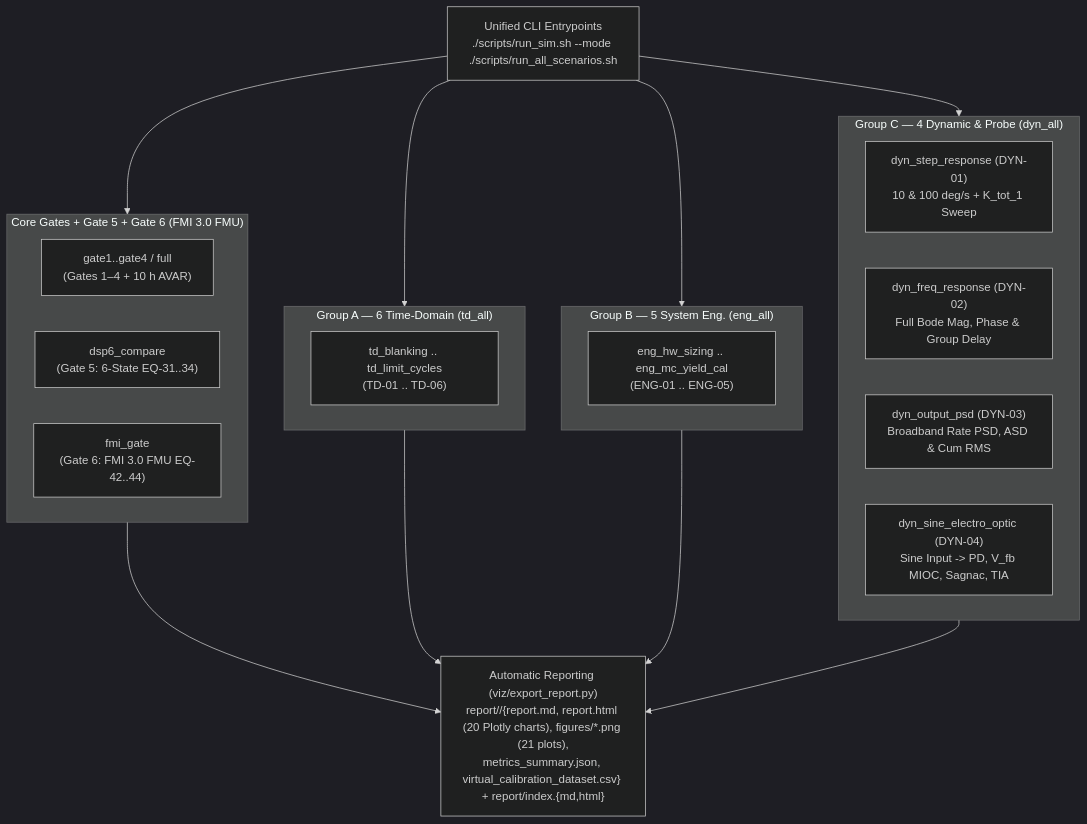
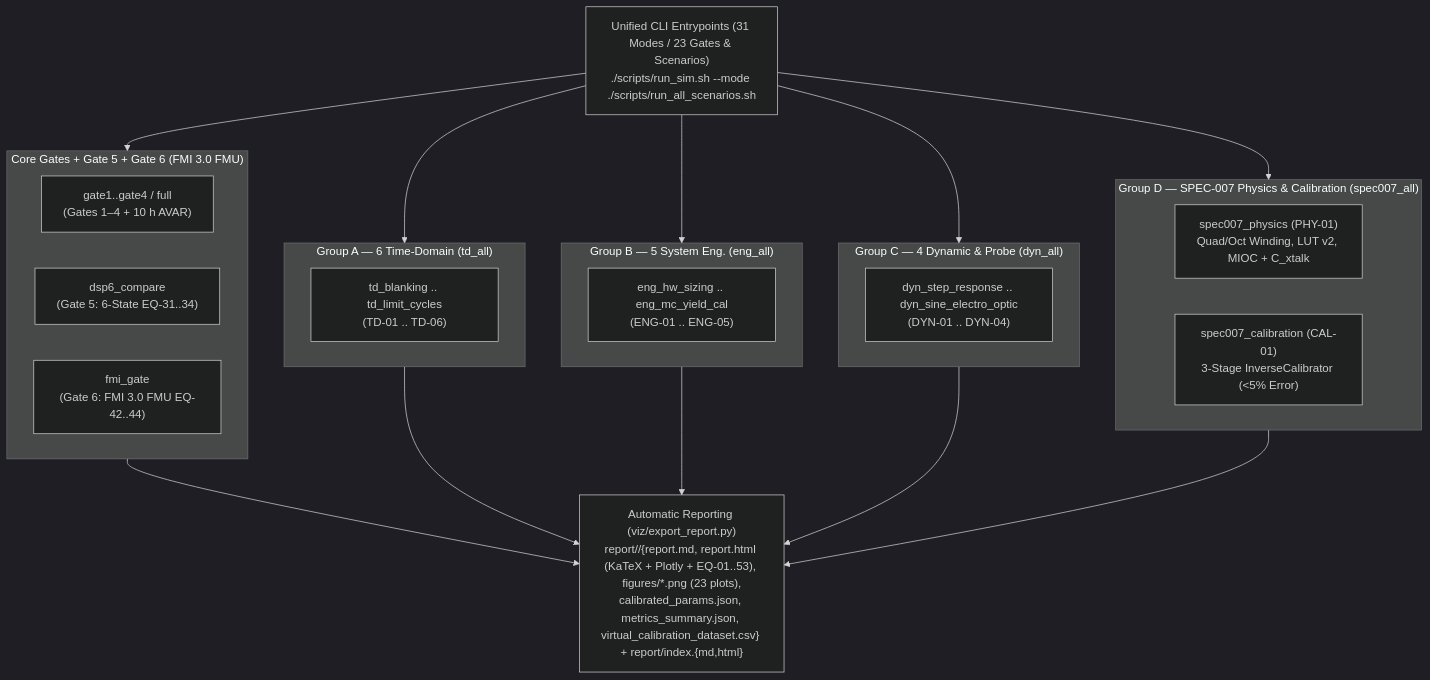
The diagram in docs/IFOG_SIMULATION_SCENARIOS.md (Duy-Huan/ifog-vproto), drawn with Mermaid (dark theme) before and after one commit. The commit also changed other lines of this file and 82 other files, not shown here.

Commit message:
feat(spec-007): upgrade to IFOG-SIM-SPEC-007 v4.0.0 — high-fidelity predictive physics, tunable FMI 3.0 FMU & inverse calibration

````diff
--- a/docs/IFOG_SIMULATION_SCENARIOS.md
+++ b/docs/IFOG_SIMULATION_SCENARIOS.md
@@ -39,35 +41,39 @@
 ```mermaid
 flowchart TB
-    CLI["Unified CLI Entrypoints\n./scripts/run_sim.sh --mode <mode>\n./scripts/run_all_scenarios.sh"]
+    CLI["Unified CLI Entrypoints (31 Modes / 23 Gates & Scenarios)\n./scripts/run_sim.sh --mode <mode>\n./scripts/run_all_scenarios.sh"]
 
     subgraph CORE["Core Gates + Gate 5 + Gate 6 (FMI 3.0 FMU)"]
         G1["gate1..gate4 / full\n(Gates 1–4 + 10 h AVAR)"]
         DSP6["dsp6_compare\n(Gate 5: 6-State EQ-31..34)"]
         FMI6["fmi_gate\n(Gate 6: FMI 3.0 FMU EQ-42..44)"]
     end
 
     subgraph TDG["Group A — 6 Time-Domain (td_all)"]
         TD1["td_blanking .. td_limit_cycles\n(TD-01 .. TD-06)"]
     end
 
     subgraph ENGG["Group B — 5 System Eng. (eng_all)"]
         E1["eng_hw_sizing .. eng_mc_yield_cal\n(ENG-01 .. ENG-05)"]
     end
 
     subgraph DYNG["Group C — 4 Dynamic & Probe (dyn_all)"]
-        D1["dyn_step_response (DYN-01)\n10 & 100 deg/s + K_tot_1 Sweep"]
-        D2["dyn_freq_response (DYN-02)\nFull Bode Mag, Phase & Group Delay"]
-        D3["dyn_output_psd (DYN-03)\nBroadband Rate PSD, ASD & Cum RMS"]
-        D4["dyn_sine_electro_optic (DYN-04)\nSine Input -> PD, V_fb MIOC, Sagnac, TIA"]
+        D1["dyn_step_response .. dyn_sine_electro_optic\n(DYN-01 .. DYN-04)"]
+    end
+
+    subgraph S07G["Group D — SPEC-007 Physics & Calibration (spec007_all)"]
+        P1["spec007_physics (PHY-01)\nQuad/Oct Winding, LUT v2, MIOC + C_xtalk"]
+        C1["spec007_calibration (CAL-01)\n3-Stage InverseCalibrator (<5% Error)"]
     end
 
     CLI --> CORE
     CLI --> TDG
     CLI --> ENGG
     CLI --> DYNG
+    CLI --> S07G
 
-    CORE --> RPT["Automatic Reporting (viz/export_report.py)\nreport/<run_id>/{report.md, report.html (20 Plotly charts), figures/*.png (21 plots),\nmetrics_summary.json, virtual_calibration_dataset.csv} + report/index.{md,html}"]
+    CORE --> RPT["Automatic Reporting (viz/export_report.py)\nreport/<run_id>/{report.md, report.html (KaTeX + Plotly + EQ-01..53), figures/*.png (23 plots),\ncalibrated_params.json, metrics_summary.json, virtual_calibration_dataset.csv} + report/index.{md,html}"]
     TDG --> RPT
     ENGG --> RPT
     DYNG --> RPT
+    S07G --> RPT
 ```
````
